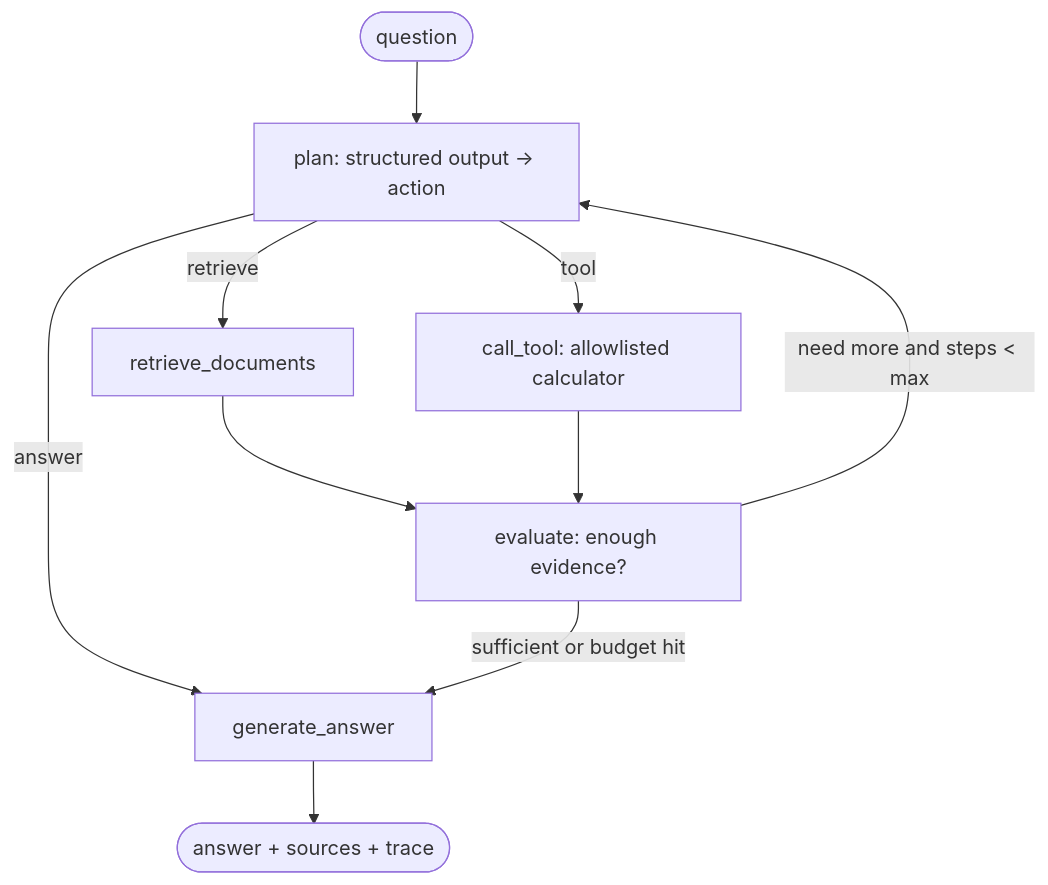
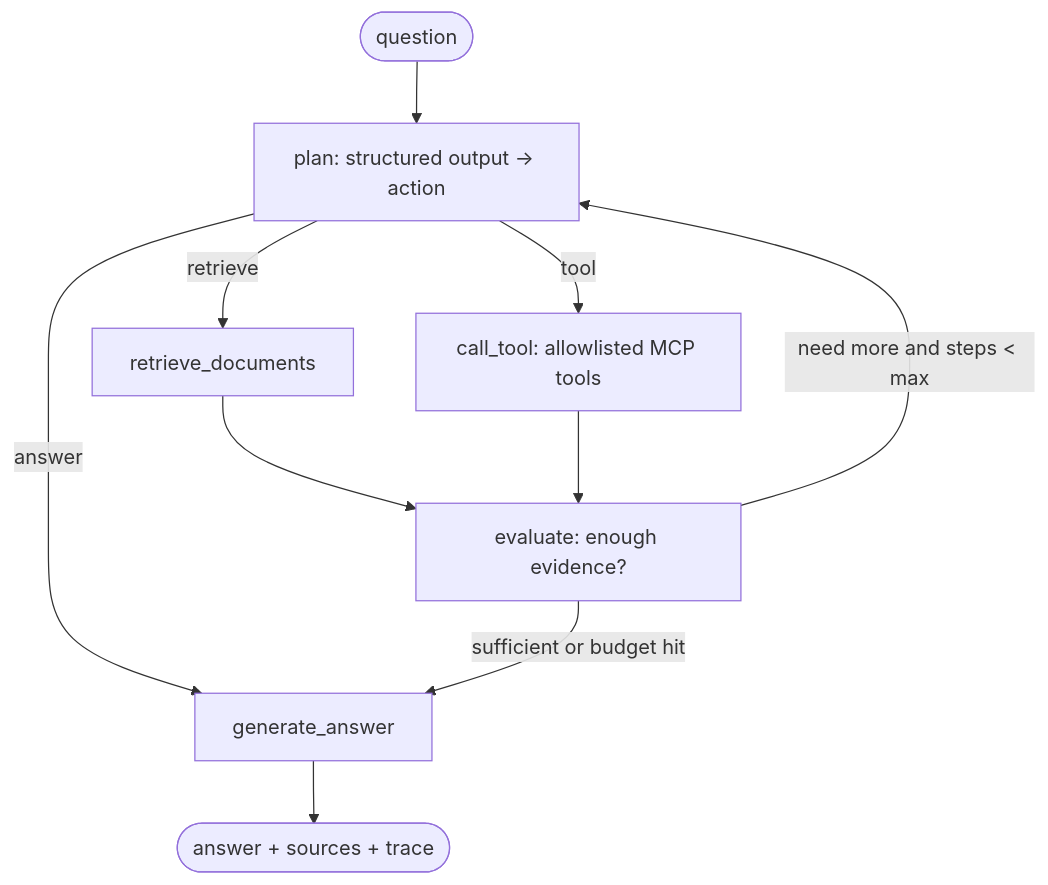
One commit to PMooney03/AgenticAI changed the fifth of 6 diagrams in docs/architecture.md. Above: the diagram before and after it, drawn with Mermaid. The commit also changed other lines of this file and 26 other files, not shown here.

Commit message:
Phase 5: LangGraph calls allowlisted calculator and clock tools over the official MCP SDK.

````diff
--- a/docs/architecture.md
+++ b/docs/architecture.md
@@ -134,12 +134,12 @@
 ```mermaid
 flowchart TD
     Start([question]) --> plan[plan: structured output -> action]
     plan -->|retrieve| retrieve[retrieve_documents]
-    plan -->|tool| call_tool[call_tool: allowlisted calculator]
+    plan -->|tool| call_tool[call_tool: allowlisted MCP tools]
     plan -->|answer| answer[generate_answer]
     retrieve --> evaluate[evaluate: enough evidence?]
     call_tool --> evaluate
     evaluate -->|need more and steps < max| plan
     evaluate -->|sufficient or budget hit| answer
     answer --> Finish([answer + sources + trace])
 ```
````
